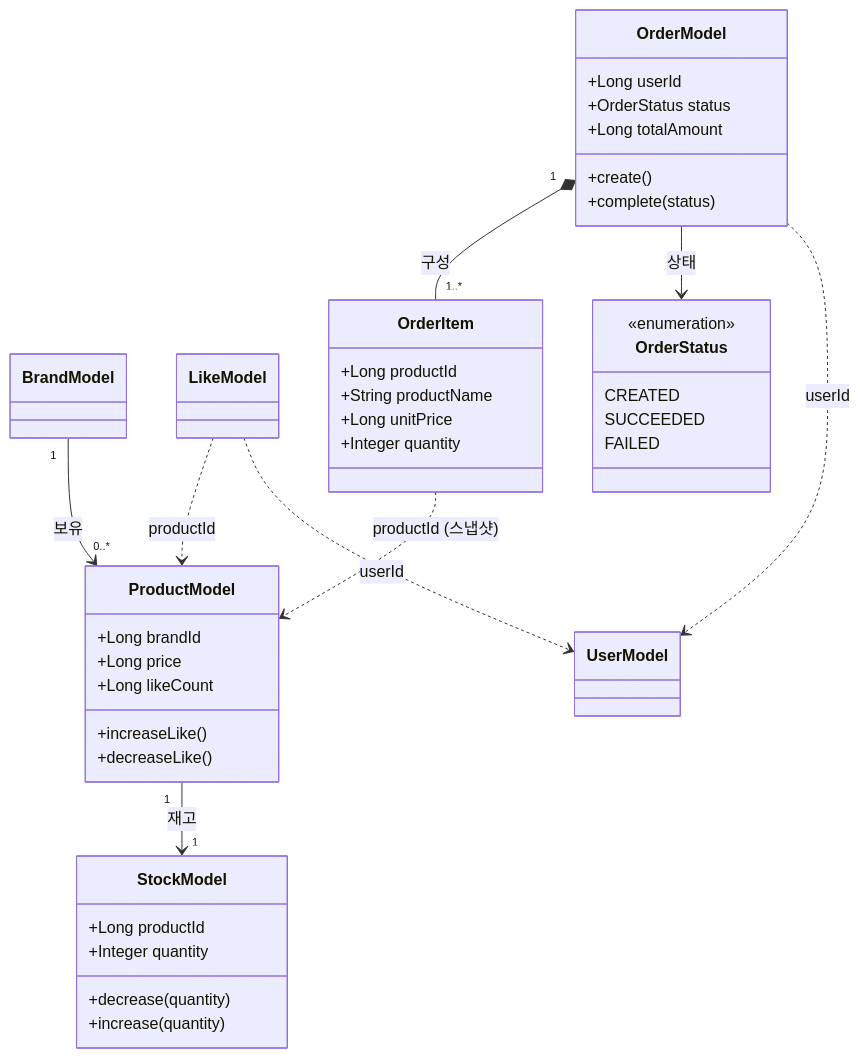
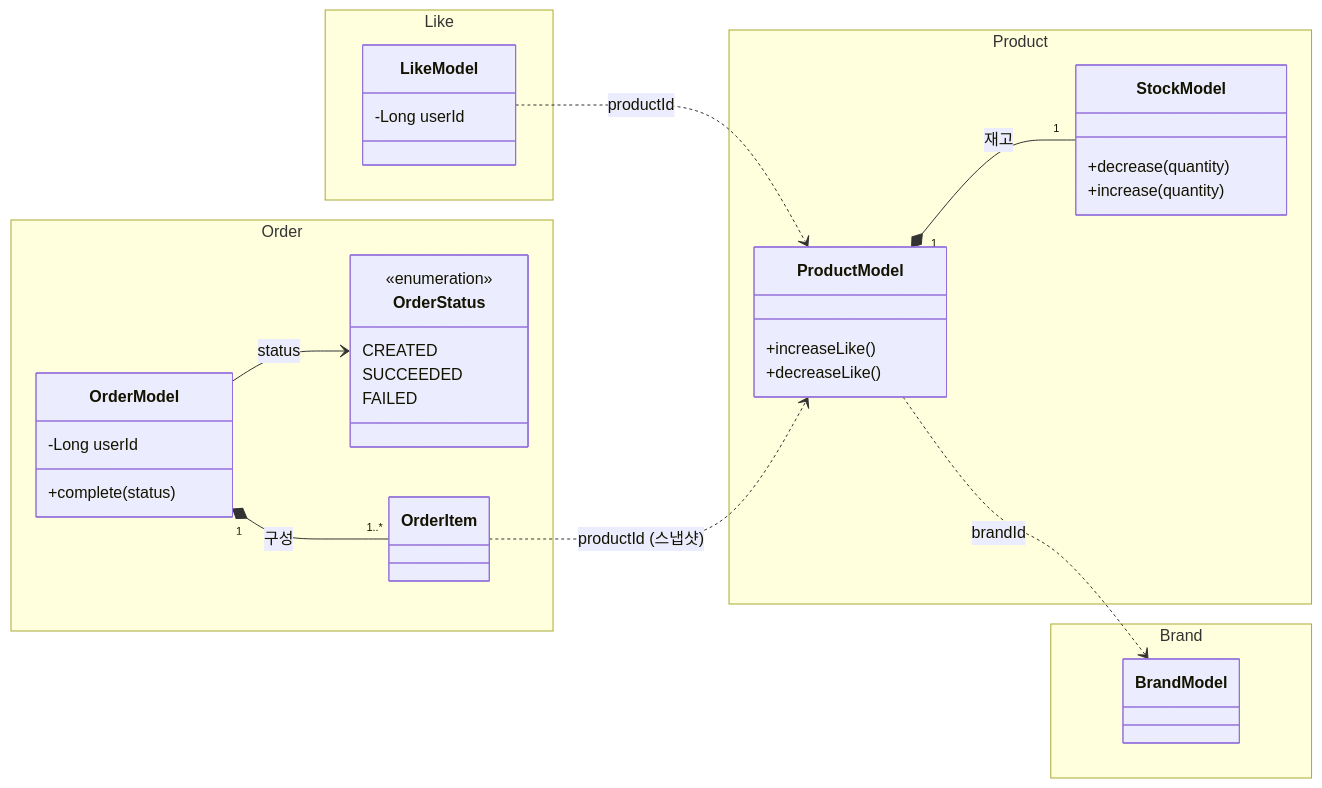
The diagram in .docs/design/03-class-diagram.md (loopers-labs/loop-pack-be-l2-vol4-java), drawn with Mermaid before and after one commit. The commit also changed other lines of this file and 3 other files, not shown here.

First line of the commit message:
docs: 2주차 설계 문서 정리 — 스코프 축소 및 다이어그램 정합

````diff
--- a/.docs/design/03-class-diagram.md
+++ b/.docs/design/03-class-diagram.md
@@ -3,52 +6,46 @@
 ```mermaid
 classDiagram
-    class UserModel
-    class BrandModel
-    class LikeModel
+    direction LR
 
-    class ProductModel {
-        +Long brandId
-        +Long price
-        +Long likeCount
-        +increaseLike()
-        +decreaseLike()
+    namespace Brand {
+        class BrandModel
     }
 
-    class StockModel {
-        +Long productId
-        +Integer quantity
-        +decrease(quantity)
-        +increase(quantity)
+    namespace Product {
+        class ProductModel {
+            +increaseLike()
+            +decreaseLike()
+        }
+        class StockModel {
+            +decrease(quantity)
+            +increase(quantity)
+        }
     }
 
-    class OrderModel {
-        +Long userId
-        +OrderStatus status
-        +Long totalAmount
-        +create()
-        +complete(status)
+    namespace Like {
+        class LikeModel {
+            -Long userId
+        }
     }
 
-    class OrderItem {
-        +Long productId
-        +String productName
-        +Long unitPrice
-        +Integer quantity
+    namespace Order {
+        class OrderStatus {
+            <<enumeration>>
+            CREATED
+            SUCCEEDED
+            FAILED
+        }
+        class OrderModel {
+            -Long userId
+            +complete(status)
+        }
+        class OrderItem
     }
 
-    class OrderStatus {
-        <<enumeration>>
-        CREATED
-        SUCCEEDED
-        FAILED
-    }
-
-    BrandModel "1" --> "0..*" ProductModel : 보유
-    ProductModel "1" --> "1" StockModel : 재고
+    ProductModel ..> BrandModel : brandId
+    ProductModel "1" *-- "1" StockModel : 재고
     OrderModel "1" *-- "1..*" OrderItem : 구성
-    OrderModel --> OrderStatus : 상태
+    OrderModel --> OrderStatus : status
     LikeModel ..> ProductModel : productId
-    LikeModel ..> UserModel : userId
-    OrderModel ..> UserModel : userId
     OrderItem ..> ProductModel : productId (스냅샷)
 ```
````
